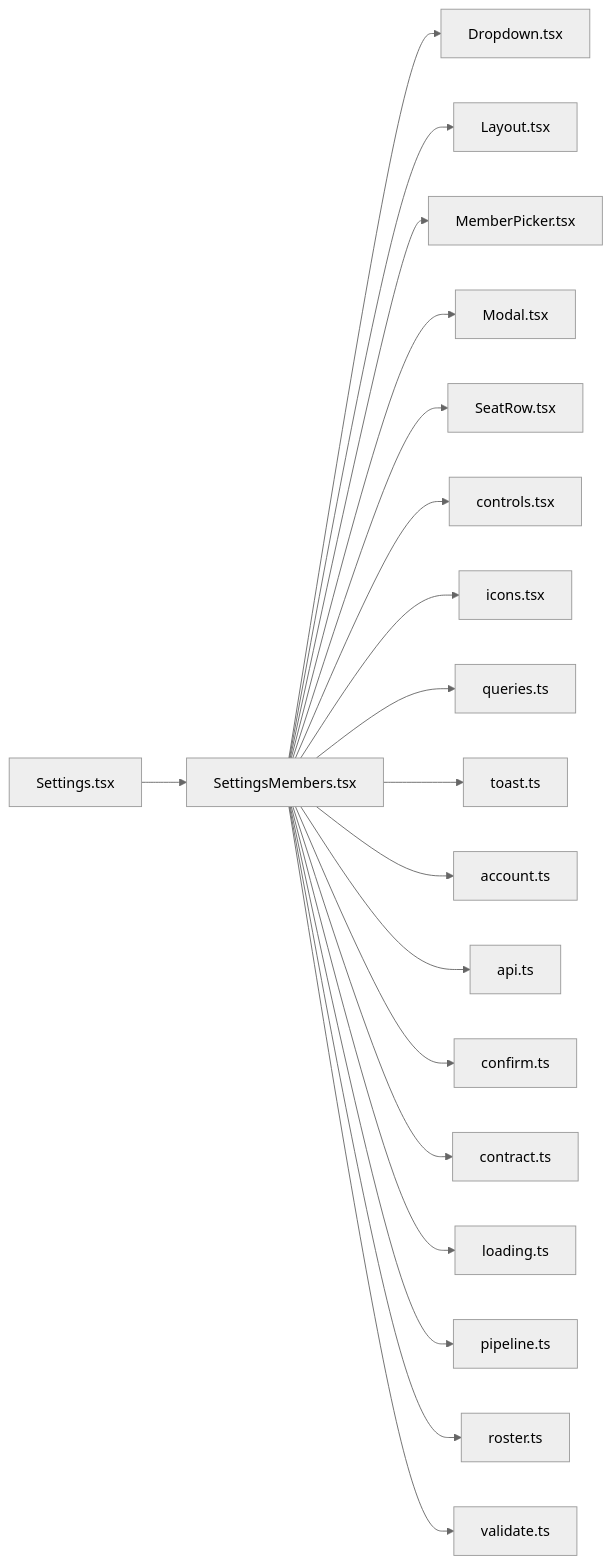
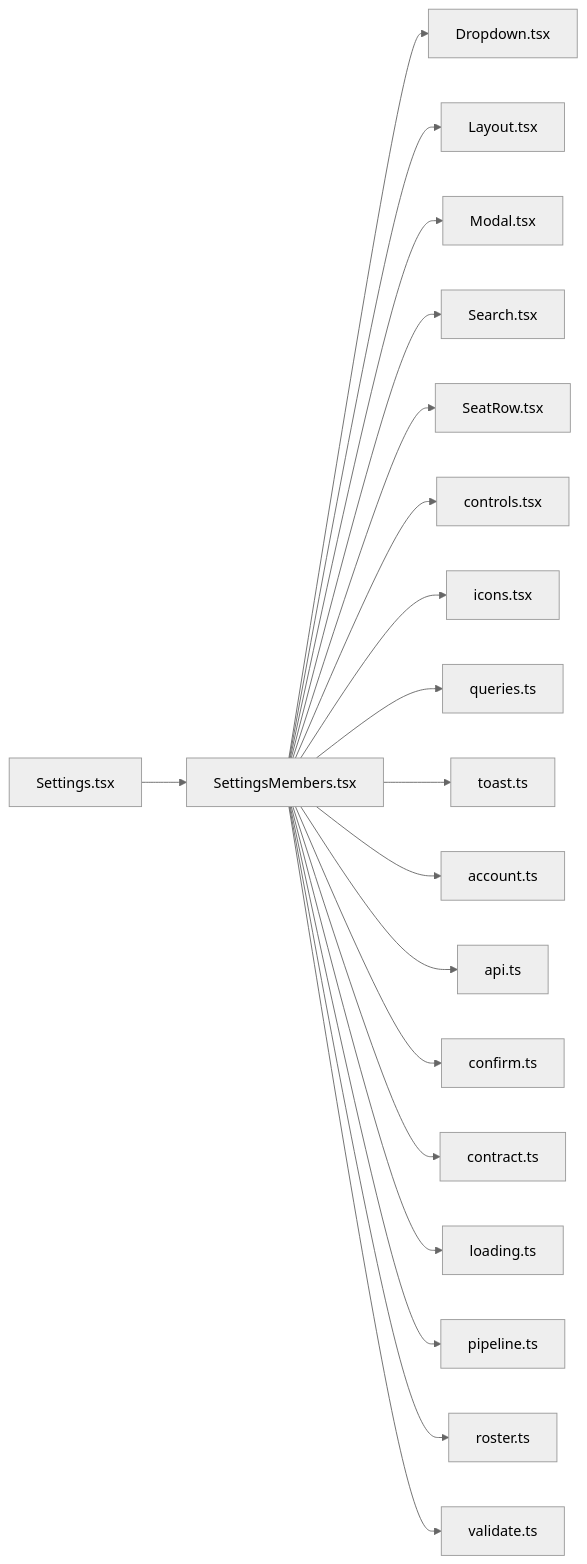
Before and after one commit to minkong-dev/Banblit: the diagram in .cluedoc/graph/frontend/src/routes/SettingsMembers.md, drawn with Mermaid (neutral theme). The commit also changed other lines of this file and 78 other files, not shown here.

Commit message:
frontend: merge single-function files into Board, Profile, Search, controls, loading and pipeline

````diff
--- a/.cluedoc/graph/frontend/src/routes/SettingsMembers.md
+++ b/.cluedoc/graph/frontend/src/routes/SettingsMembers.md
@@ -10,22 +10,22 @@
 ```mermaid
 flowchart LR
   frontend_src_routes_SettingsMembers["SettingsMembers.tsx"]
   frontend_src_routes_SettingsMembers --> frontend_src_components_Dropdown["Dropdown.tsx"]
   frontend_src_routes_SettingsMembers --> frontend_src_components_Layout["Layout.tsx"]
-  frontend_src_routes_SettingsMembers --> frontend_src_components_MemberPicker["MemberPicker.tsx"]
   frontend_src_routes_SettingsMembers --> frontend_src_components_Modal["Modal.tsx"]
+  frontend_src_routes_SettingsMembers --> frontend_src_components_Search["Search.tsx"]
   frontend_src_routes_SettingsMembers --> frontend_src_components_SeatRow["SeatRow.tsx"]
   frontend_src_routes_SettingsMembers --> frontend_src_components_controls["controls.tsx"]
   frontend_src_routes_SettingsMembers --> frontend_src_components_icons["icons.tsx"]
   frontend_src_routes_SettingsMembers --> frontend_src_components_queries["queries.ts"]
   frontend_src_routes_SettingsMembers --> frontend_src_components_toast["toast.ts"]
   frontend_src_routes_SettingsMembers --> frontend_src_lib_account["account.ts"]
   frontend_src_routes_SettingsMembers --> frontend_src_lib_api["api.ts"]
   frontend_src_routes_SettingsMembers --> frontend_src_lib_confirm["confirm.ts"]
   frontend_src_routes_SettingsMembers --> frontend_src_lib_contract["contract.ts"]
   frontend_src_routes_SettingsMembers --> frontend_src_lib_loading["loading.ts"]
   frontend_src_routes_SettingsMembers --> frontend_src_lib_pipeline["pipeline.ts"]
   frontend_src_routes_SettingsMembers --> frontend_src_lib_roster["roster.ts"]
   frontend_src_routes_SettingsMembers --> frontend_src_lib_validate["validate.ts"]
   frontend_src_routes_Settings["Settings.tsx"] --> frontend_src_routes_SettingsMembers
 ```
````
